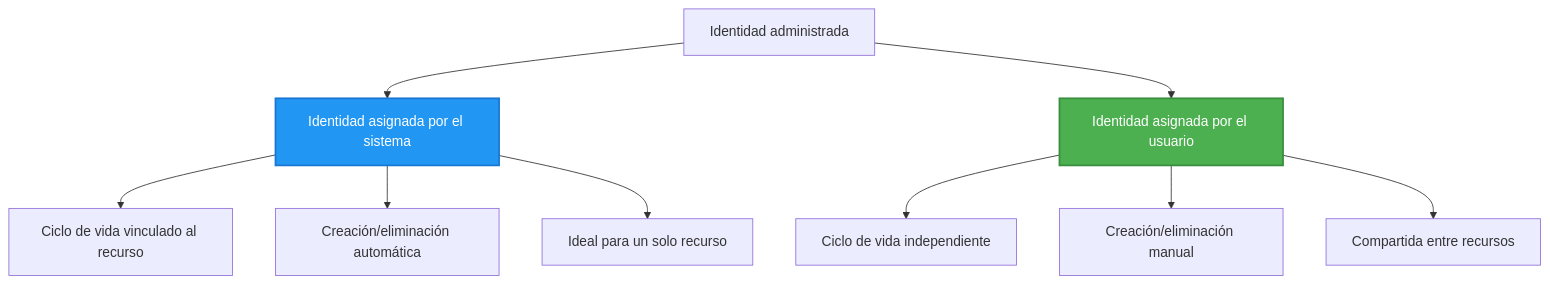
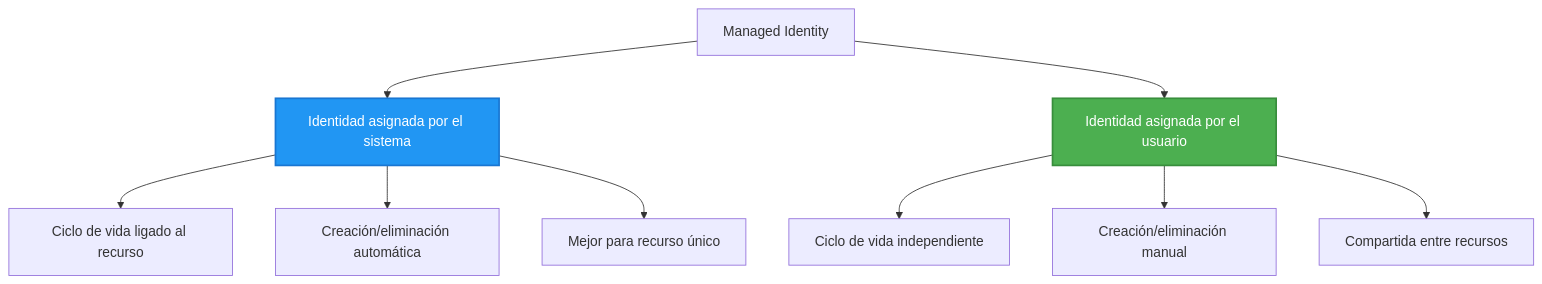
The second of 2 diagrams in translations/es/docs/chapter-03-configuration/authsecurity.md (microsoft/AZD-for-beginners), drawn with Mermaid before and after one commit. The commit also changed other lines of this file and 101 other files, not shown here.

````diff
--- a/translations/es/docs/chapter-03-configuration/authsecurity.md
+++ b/translations/es/docs/chapter-03-configuration/authsecurity.md
@@ -97,20 +97,20 @@
 ```mermaid
 graph TB
-    MI[Identidad administrada]
+    MI[Managed Identity]
     SystemAssigned[Identidad asignada por el sistema]
     UserAssigned[Identidad asignada por el usuario]
     
     MI --> SystemAssigned
     MI --> UserAssigned
     
-    SystemAssigned --> SA1[Ciclo de vida vinculado al recurso]
+    SystemAssigned --> SA1[Ciclo de vida ligado al recurso]
     SystemAssigned --> SA2[Creación/eliminación automática]
-    SystemAssigned --> SA3[Ideal para un solo recurso]
+    SystemAssigned --> SA3[Mejor para recurso único]
     
     UserAssigned --> UA1[Ciclo de vida independiente]
     UserAssigned --> UA2[Creación/eliminación manual]
     UserAssigned --> UA3[Compartida entre recursos]
     
     style SystemAssigned fill:#2196F3,stroke:#1976D2,stroke-width:2px,color:#fff
     style UserAssigned fill:#4CAF50,stroke:#388E3C,stroke-width:2px,color:#fff
-```
+```  
````
